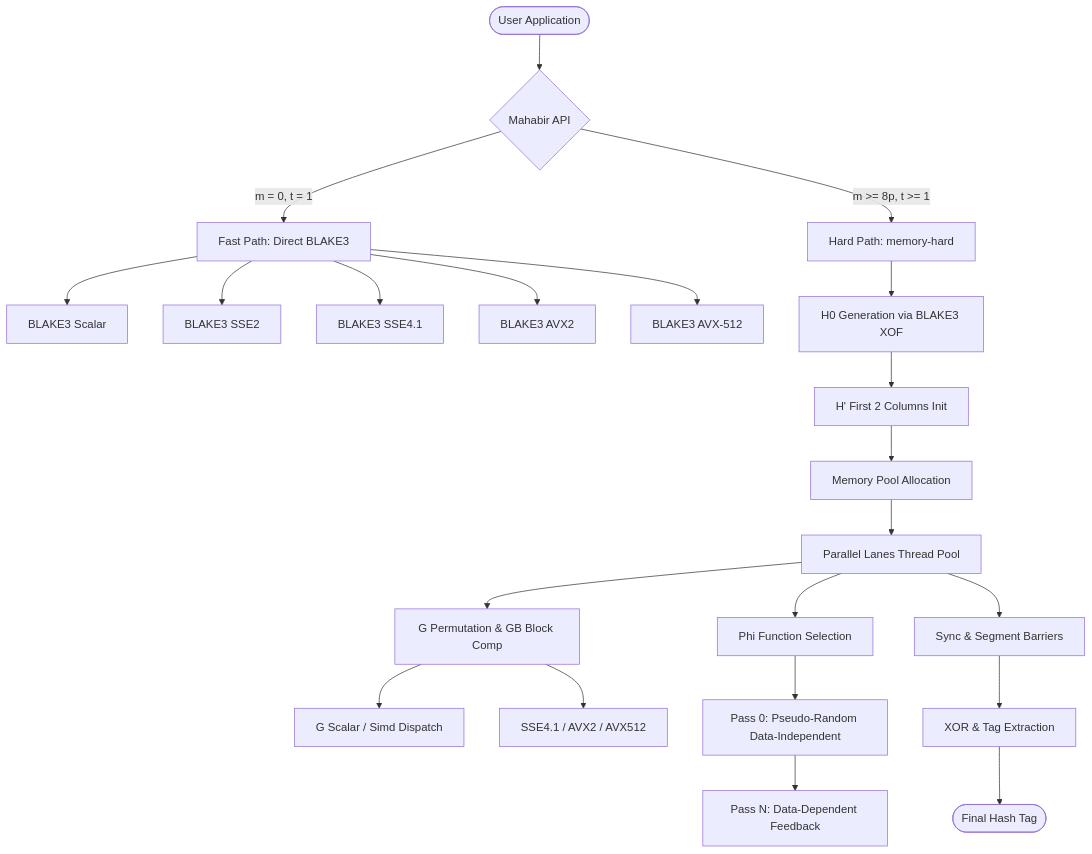
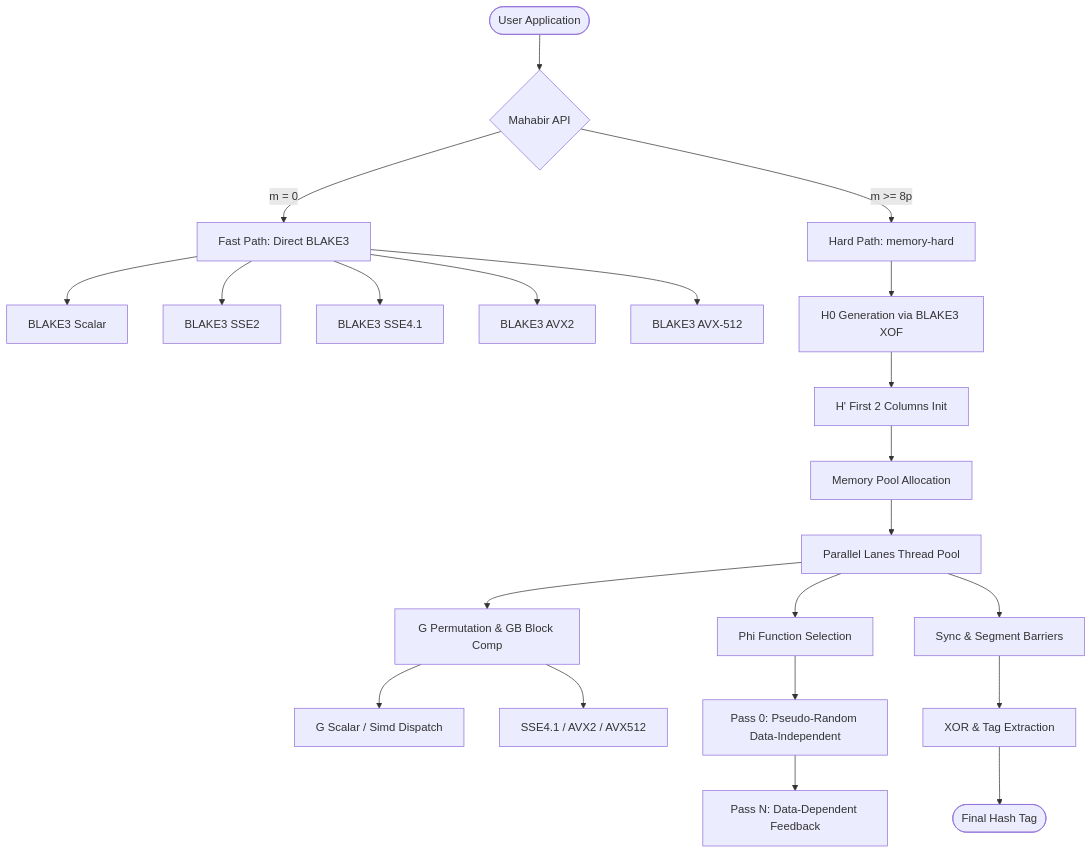
The diagram in README.md (UtkarshaLab/mahabir), drawn with Mermaid before and after one commit. The commit also changed other lines of this file, not shown here.

Commit message:
docs: correct badge links, Mermaid diagram conditions, and pmuludq/vpmuludq SIMD G/GB dispatch capabilities

````diff
--- a/README.md
+++ b/README.md
@@ -87,31 +87,31 @@
 ```mermaid
 graph TD
     User([User Application]) --> API{Mahabir API}
     
     %% Fast Path
-    API -->|m = 0, t = 1| Fast[Fast Path: Direct BLAKE3]
+    API -->|m = 0| Fast[Fast Path: Direct BLAKE3]
     Fast --> B3_Scalar[BLAKE3 Scalar]
     Fast --> B3_SSE2[BLAKE3 SSE2]
     Fast --> B3_SSE41[BLAKE3 SSE4.1]
     Fast --> B3_AVX2[BLAKE3 AVX2]
     Fast --> B3_AVX512[BLAKE3 AVX-512]
     
     %% Hard Path
-    API -->|m >= 8p, t >= 1| Hard[Hard Path: memory-hard]
+    API -->|m >= 8p| Hard[Hard Path: memory-hard]
     Hard --> Init[H0 Generation via BLAKE3 XOF]
     Init --> FillInit[H' First 2 Columns Init]
     FillInit --> MMap[Memory Pool Allocation]
     
     MMap --> Threads[Parallel Lanes Thread Pool]
     Threads --> StepG[G Permutation & GB Block Comp]
     StepG --> ScalarG[G Scalar / Simd Dispatch]
     StepG --> SimdG[SSE4.1 / AVX2 / AVX512]
     
     Threads --> Phi[Phi Function Selection]
     Phi --> Pass0[Pass 0: Pseudo-Random Data-Independent]
     Pass0 --> PassN[Pass N: Data-Dependent Feedback]
     
     Threads --> Sync[Sync & Segment Barriers]
     Sync --> Finalize[XOR & Tag Extraction]
     Finalize --> Output([Final Hash Tag])
 ```
````
